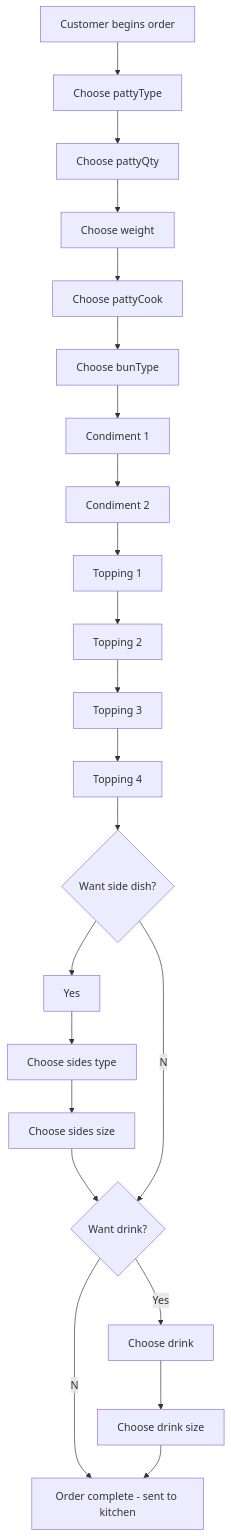
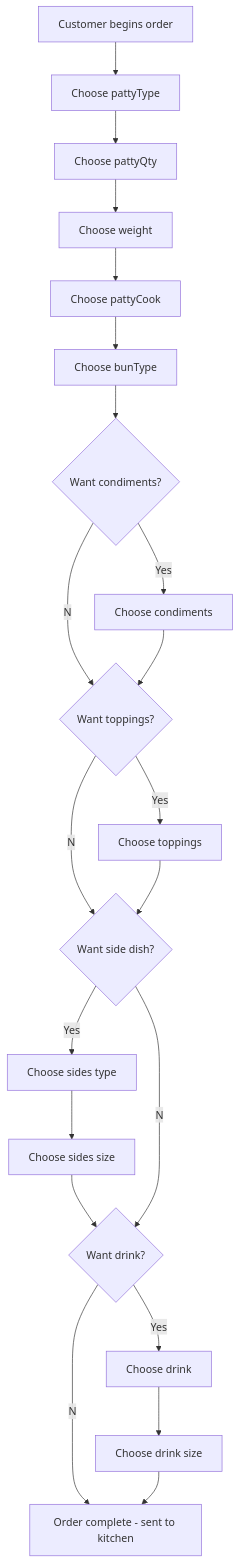
Before and after one commit to yusale9/student-showcase: the diagram in student-work/joe-wainer/api-final-project/readme.md, drawn with Mermaid. The commit also changed other lines of this file, not shown here.

````diff
--- a/student-work/joe-wainer/api-final-project/readme.md
+++ b/student-work/joe-wainer/api-final-project/readme.md
@@ -33,23 +33,23 @@
 ```mermaid
   flowchart TD;
       A[Customer begins order]-->B[Choose pattyType];
       B-->C[Choose pattyQty];
       C-->D[Choose weight];
       D-->E[Choose pattyCook];
       E-->F[Choose bunType];
-      F-->G[Condiment 1];
-      G-->H[Condiment 2];
-      H-->I[Topping 1];
-      I-->J[Topping 2];
-      J-->K[Topping 3];
-      K-->L[Topping 4];
-      L-->M{Want side dish?}
-      M-->Yes-->N[Choose sides type];
+      F-->G{Want condiments?};
+      G--Yes-->H[Choose condiments];
+      G--No-->J{Want toppings?};
+      H-->J;
+      J--Yes-->K[Choose toppings];
+      J--No-->L{Want side dish?};
+      K-->L;
+      L--Yes-->N[Choose sides type];
       N-->O[Choose sides size];
       O-->P;
-      M--No-->P{Want drink?};
+      L--No-->P{Want drink?};
       P--Yes-->Q[Choose drink];
       P--No-->S;
       Q-->R[Choose drink size];
       R-->S[Order complete - sent to kitchen];
 ```
````
